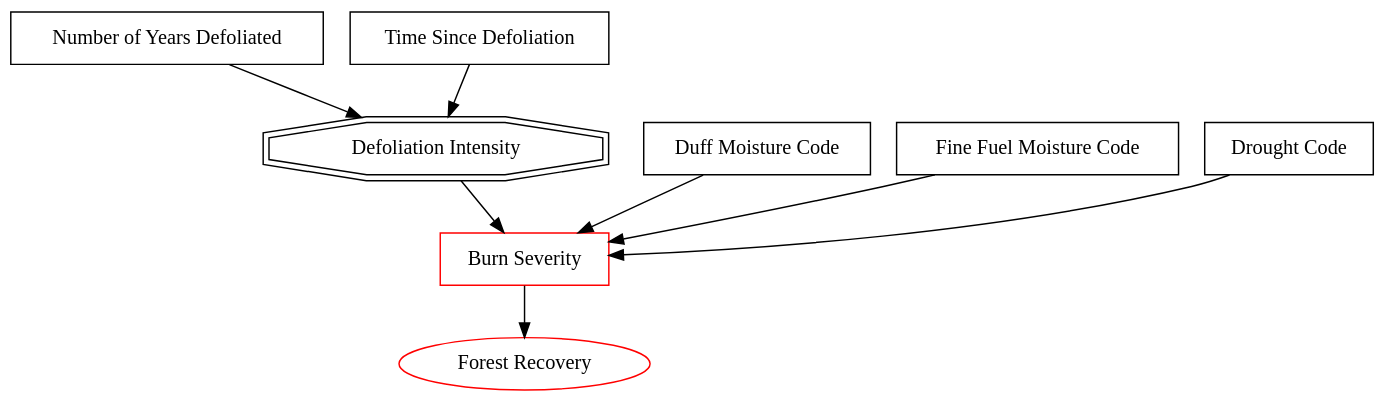
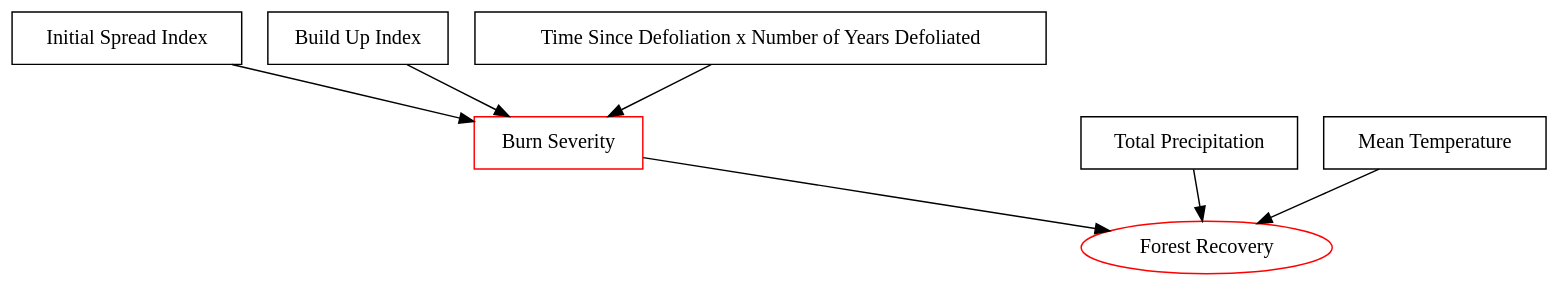
Before and after one commit to jackagoldman/presentations: the diagram in iale-2024/content/chapter3-dag.gv, drawn with Graphviz. The commit also changed 8 other files, not shown here.

Commit message:
update iale presentation -stocks fig -updated dag -study area v2 -caption css

```diff
--- a/iale-2024/content/chapter3-dag.gv
+++ b/iale-2024/content/chapter3-dag.gv
@@ -1,32 +1,29 @@
 // step 1 dag
 digraph "chapter3-step1-dag" {
   bgcolor="transparent"
-	T [label="Time Since Defoliation" shape=rect ]
-	Y [label="Number of Years Defoliated" shape=rect ]
-	C [label="Defoliation Intensity" shape=doubleoctagon]
+	TY [label="Time Since Defoliation x Number of Years Defoliated" shape=rect ]
 	B [label="Burn Severity" color=red shape=rect]
 	R [label="Forest Recovery" color=red shape=ellipse]
-	DC [label = "Drought Code" shape=rect]
-	FC [label = "Fine Fuel Moisture Code" shape=rect]
-	DMC [label = "Duff Moisture Code" shape=rect]
+	BUI [label = "Build Up Index" shape=rect]
+	ISI [label = "Initial Spread Index" shape=rect]
+	MT[label = "Mean Temperature" shape=rect]
+	PPT [label = "Total Precipitation" shape=rect]
+
 	
-subgraph clusterSI{
-  T -> C
-	Y -> C
-	C -> B
-	style=invis;
-}
+
 subgraph clusterBS{
   rankdir="TB"
-  DC -> B;
-	FC -> B;
-	DMC -> B;
+  TY -> B
+  ISI -> B;
+	BUI -> B;
 	style=invis;
 	
 }
 subgraph clusterRecov{
   B -> R
+  MT -> R
+  PPT -> R
   style=invis;
 }
 
 }
```
